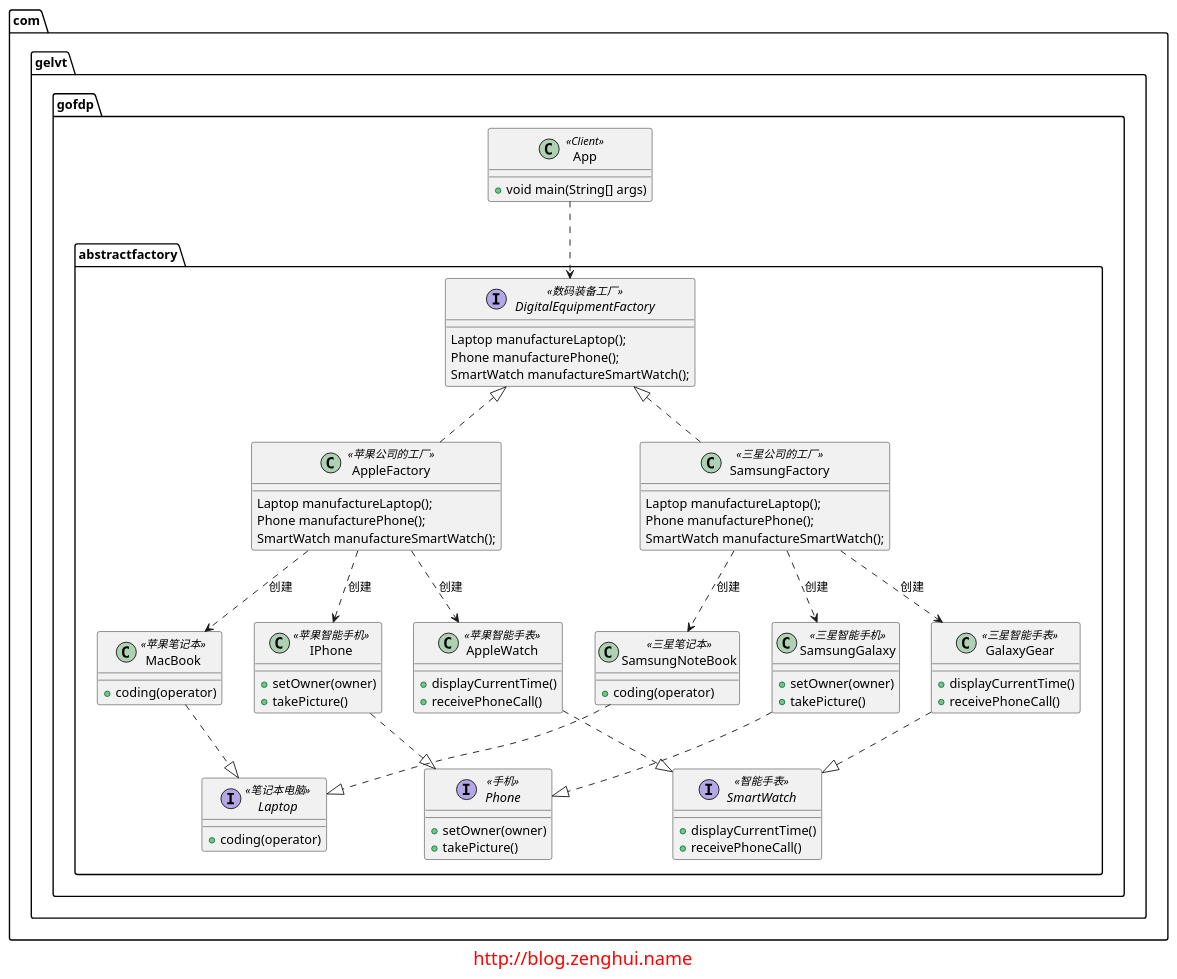
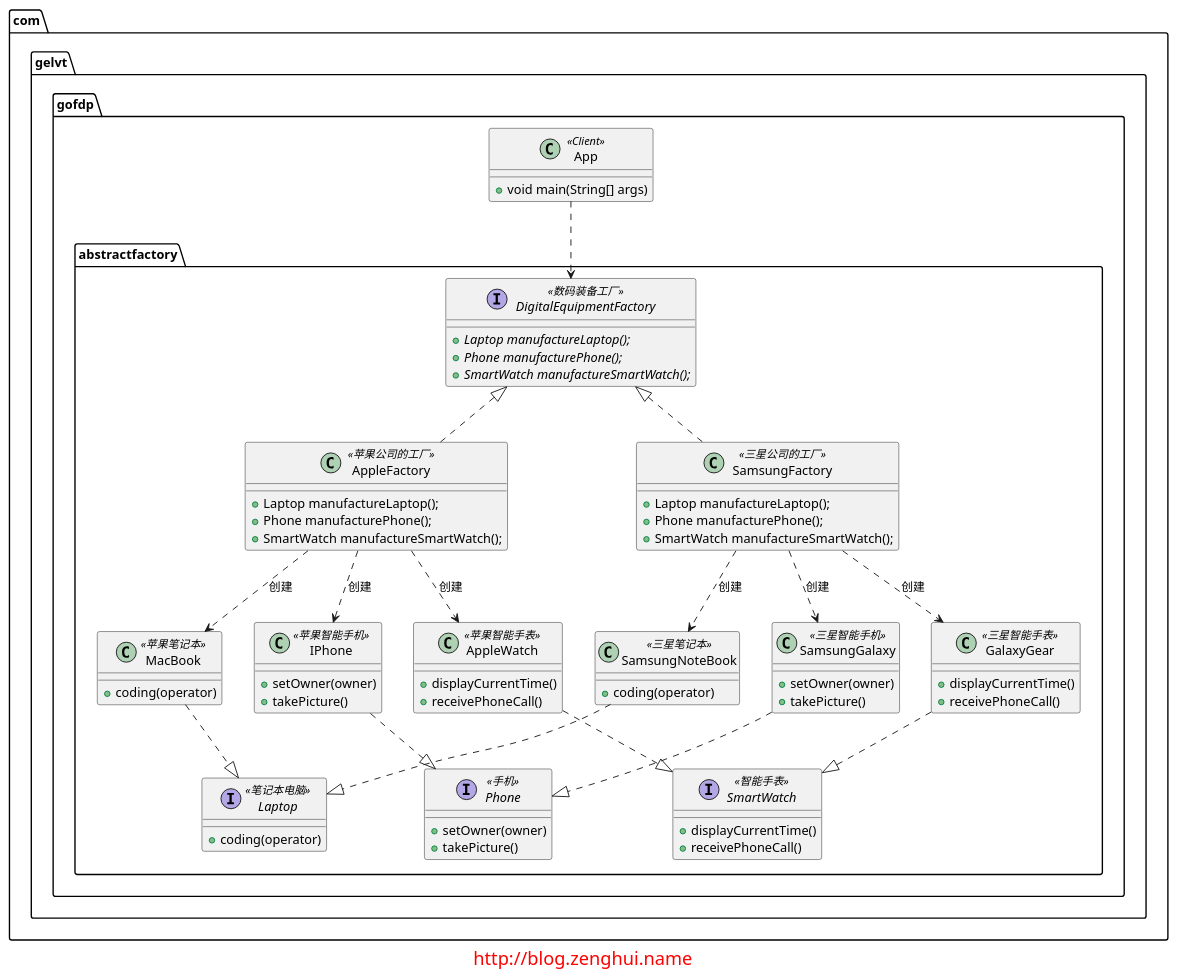
The diagram in abstract-factory/diagrams/abstract-factory.puml (elvinzeng/java-design-pattern-samples), drawn with PlantUML before and after one commit. The commit also changed 3 other files, not shown here.

Commit message:
更新抽象工厂模式的类图

```diff
--- a/abstract-factory/diagrams/abstract-factory.puml
+++ b/abstract-factory/diagrams/abstract-factory.puml
@@ -1,101 +1,101 @@
 @startuml
 
 package com.gelvt.gofdp.abstractfactory{
 
     interface DigitalEquipmentFactory <<数码装备工厂>>{
-        Laptop manufactureLaptop();
-        Phone manufacturePhone();
-        SmartWatch manufactureSmartWatch();
+        + {abstract} Laptop manufactureLaptop();
+        + {abstract} Phone manufacturePhone();
+        + {abstract} SmartWatch manufactureSmartWatch();
     }
 
     together {
         class AppleFactory <<苹果公司的工厂>> implements DigitalEquipmentFactory{
-            Laptop manufactureLaptop();
-            Phone manufacturePhone();
-            SmartWatch manufactureSmartWatch();
+            + Laptop manufactureLaptop();
+            + Phone manufacturePhone();
+            + SmartWatch manufactureSmartWatch();
         }
 
         class MacBook <<苹果笔记本>>{
             + coding(operator)
         }
 
         class IPhone <<苹果智能手机>>{
             + setOwner(owner)
             + takePicture()
         }
 
         class AppleWatch <<苹果智能手表>>{
             + displayCurrentTime()
             + receivePhoneCall()
         }
     }
 
     together {
         class SamsungFactory <<三星公司的工厂>> implements DigitalEquipmentFactory{
-            Laptop manufactureLaptop();
-            Phone manufacturePhone();
-            SmartWatch manufactureSmartWatch();
+            + Laptop manufactureLaptop();
+            + Phone manufacturePhone();
+            + SmartWatch manufactureSmartWatch();
         }
 
         class SamsungNoteBook <<三星笔记本>> {
             + coding(operator)
         }
 
         class SamsungGalaxy <<三星智能手机>> {
             + setOwner(owner)
             + takePicture()
         }
 
         class GalaxyGear <<三星智能手表>> {
             + displayCurrentTime()
             + receivePhoneCall()
         }
     }
 
     AppleFactory ..> MacBook : 创建
     AppleFactory ..> IPhone : 创建
     AppleFactory ..> AppleWatch : 创建
 
     SamsungFactory ..> SamsungNoteBook : 创建
     SamsungFactory ..> SamsungGalaxy : 创建
     SamsungFactory ..> GalaxyGear : 创建
 
 
     interface Laptop <<笔记本电脑>>{
         + coding(operator)
     }
 
     interface Phone <<手机>>{
         + setOwner(owner)
         + takePicture()
     }
 
     interface SmartWatch <<智能手表>>{
         + displayCurrentTime()
         + receivePhoneCall()
     }
 
     MacBook ..|> Laptop
     IPhone ..|> Phone
     AppleWatch ..|> SmartWatch
 
     SamsungNoteBook ..|> Laptop
     SamsungGalaxy ..|> Phone
     GalaxyGear ..|> SmartWatch
 }
 
 package com.gelvt.gofdp {
     class App <<Client>>{
         + void main(String[] args)
     }
 
 }
 
 App ..> DigitalEquipmentFactory
 
 footer
 <font size="20" color="red">http://blog.zenghui.name</font>
 endfooter
 
 
 @enduml
```
